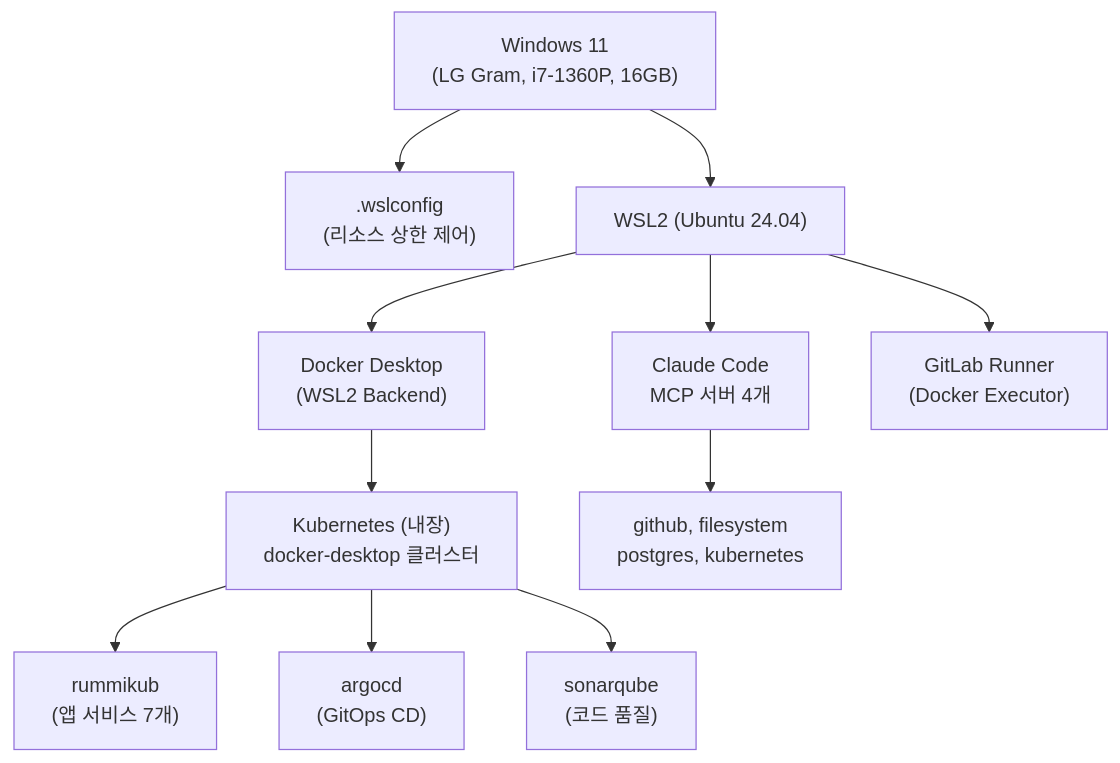
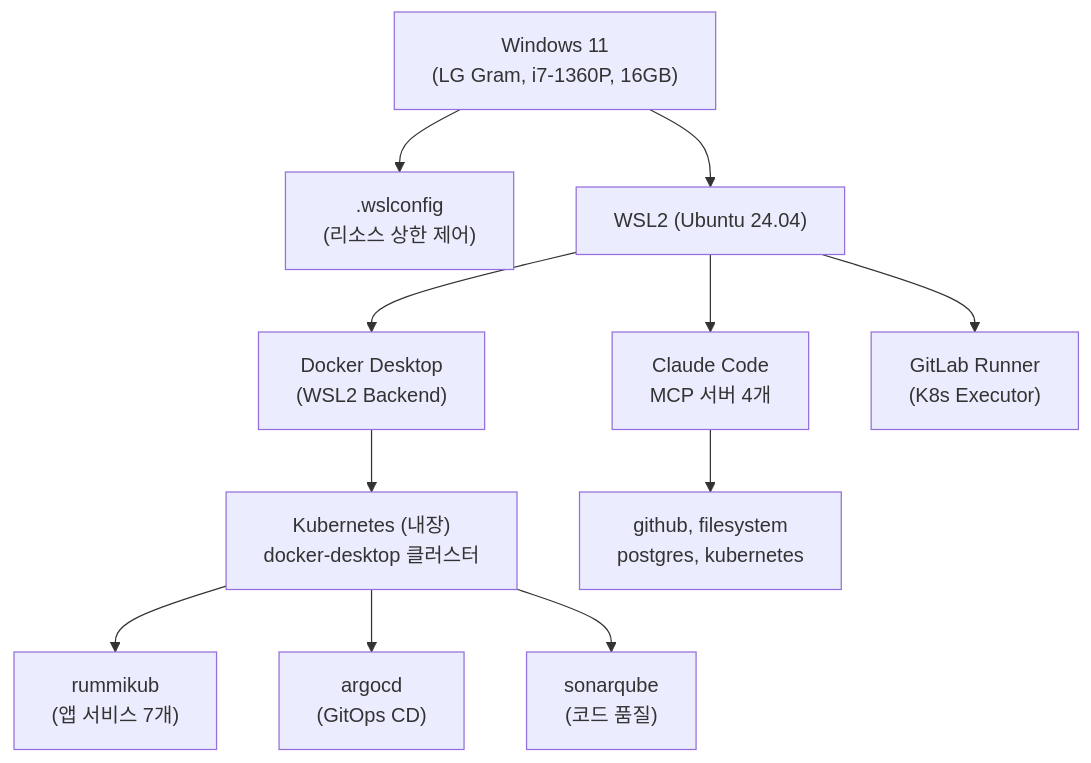
Before and after one commit to k82022603/RummiArena: the first of 6 diagrams in docs/05-deployment/01-local-infra-guide.md, drawn with Mermaid. The commit also changed other lines of this file and 15 other files, not shown here.

````diff
--- a/docs/05-deployment/01-local-infra-guide.md
+++ b/docs/05-deployment/01-local-infra-guide.md
@@ -12,14 +12,14 @@
 ```mermaid
 graph TB
     Win["Windows 11\n(LG Gram, i7-1360P, 16GB)"]
     Win --> WSLConfig[".wslconfig\n(리소스 상한 제어)"]
     Win --> WSL["WSL2 (Ubuntu 24.04)"]
     WSL --> Docker["Docker Desktop\n(WSL2 Backend)"]
     Docker --> K8s["Kubernetes (내장)\ndocker-desktop 클러스터"]
     K8s --> NS1["rummikub\n(앱 서비스 7개)"]
     K8s --> NS2["argocd\n(GitOps CD)"]
     K8s --> NS3["sonarqube\n(코드 품질)"]
     WSL --> Claude["Claude Code\nMCP 서버 4개"]
     Claude --> MCP["github, filesystem\npostgres, kubernetes"]
-    WSL --> GitLab["GitLab Runner\n(Docker Executor)"]
+    WSL --> GitLab["GitLab Runner\n(K8s Executor)"]
 ```
````
